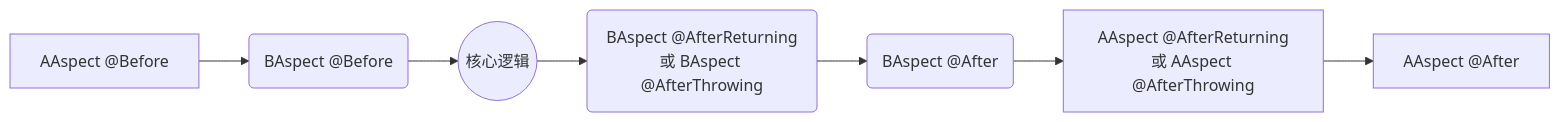
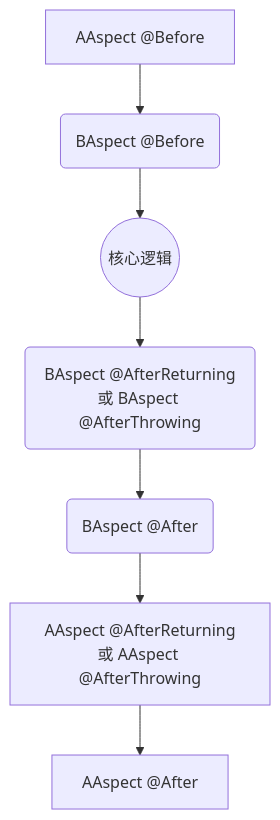
One commit to kekaiyuan/resource changed the diagram in _posts/java/framework/spring/2021-07-31-04-aop.md. Above: the diagram before and after it, drawn with Mermaid. The commit also changed other lines of this file, not shown here.

Commit message:
修改文件: _posts/java/framework/spring/2021-07-31-04-aop.md

````diff
--- a/_posts/java/framework/spring/2021-07-31-04-aop.md
+++ b/_posts/java/framework/spring/2021-07-31-04-aop.md
@@ -1031,9 +1031,9 @@
 ```mermaid
-graph LR;
+graph TD;
 A1["AAspect @Before"] --> B1("BAspect @Before")
 B1 --> Z((核心逻辑))
 Z --> B2("BAspect @AfterReturning<br>或 BAspect @AfterThrowing")
 B2 --> B3("BAspect @After")
 B3 --> A2["AAspect @AfterReturning<br>或 AAspect @AfterThrowing"]
 A2 --> A3["AAspect @After"]
 ```
````
